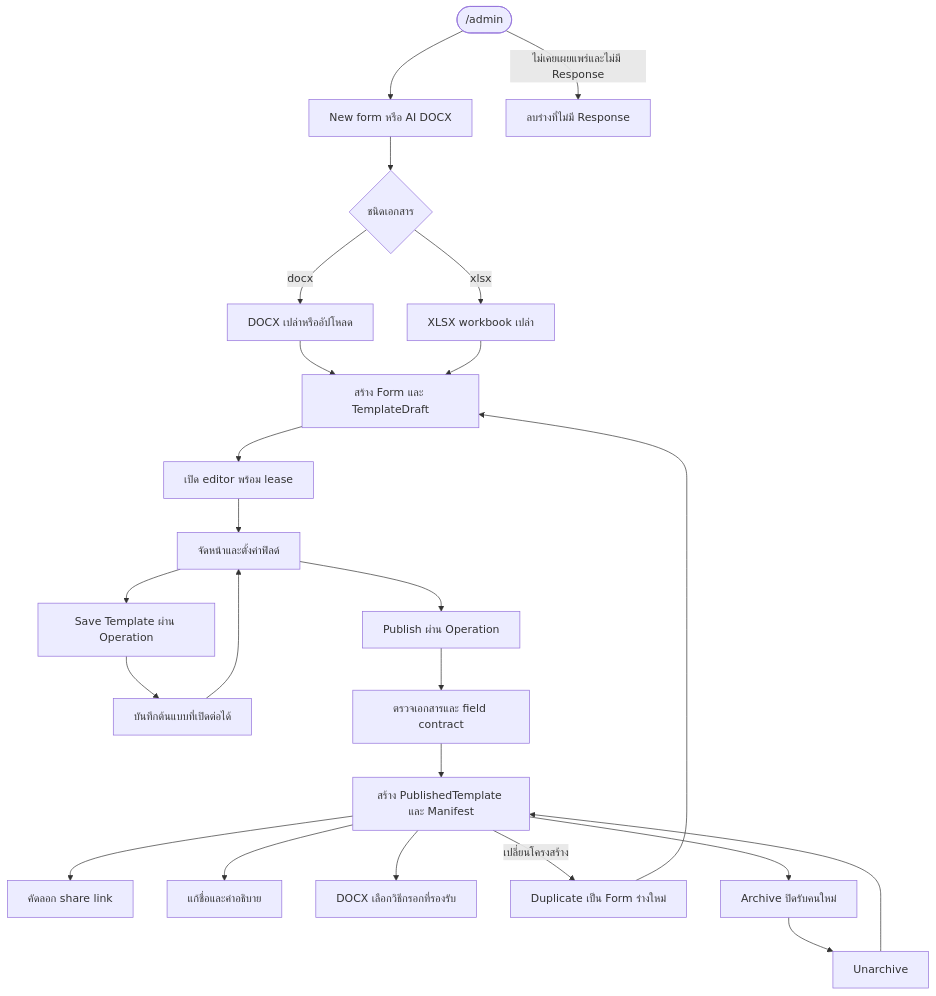
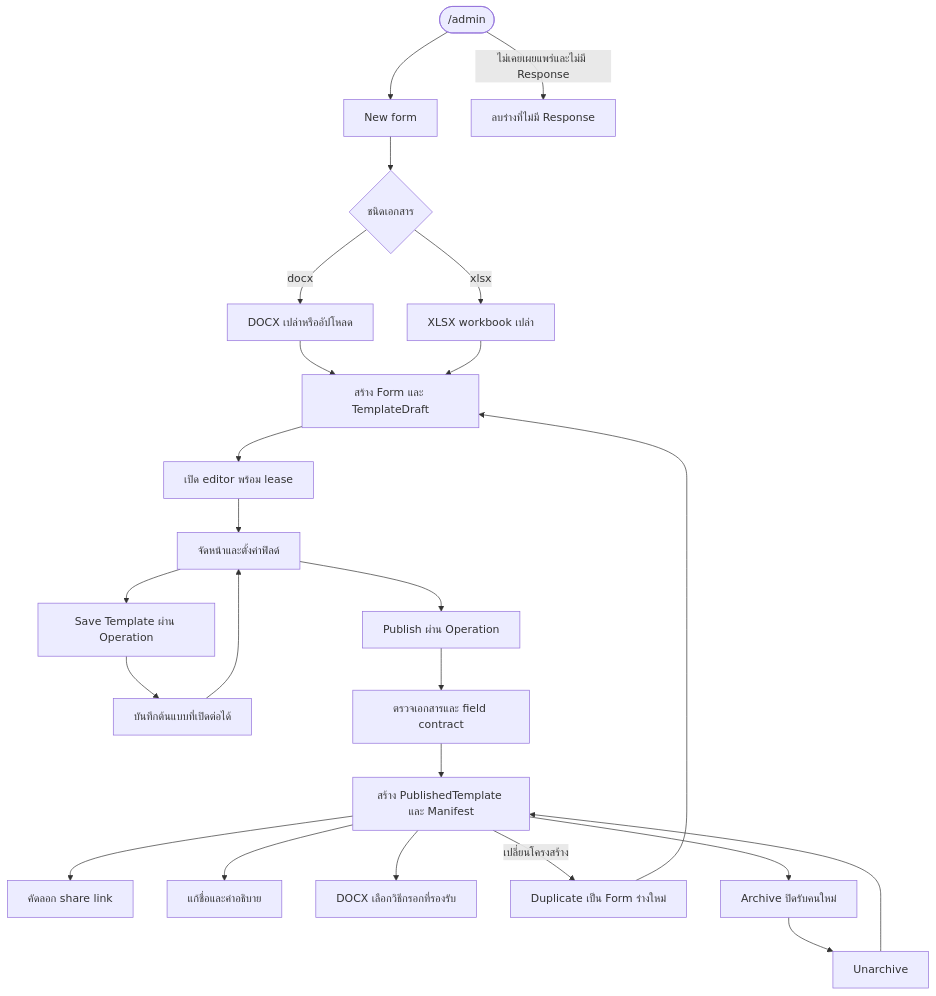
The fifth of 22 diagrams in .scratch/system-workflow/system-map.md (AquilaStudio2/folio-forms), drawn with Mermaid before and after one commit. The commit also changed other lines of this file and 145 other files, not shown here.

````diff
--- a/.scratch/system-workflow/system-map.md
+++ b/.scratch/system-workflow/system-map.md
@@ -325,35 +344,35 @@
 ```mermaid
 flowchart TD
     list(["/admin"])
-    create["New form หรือ AI DOCX"]
+    create["New form"]
     kind{"ชนิดเอกสาร"}
     docx["DOCX เปล่าหรืออัปโหลด"]
     xlsx["XLSX workbook เปล่า"]
     draft["สร้าง Form และ TemplateDraft"]
     lease["เปิด editor พร้อม lease"]
     design["จัดหน้าและตั้งค่าฟิลด์"]
     save["Save Template ผ่าน Operation"]
     saved["บันทึกต้นแบบที่เปิดต่อได้"]
     publish["Publish ผ่าน Operation"]
     validate["ตรวจเอกสารและ field contract"]
     immutable["สร้าง PublishedTemplate และ Manifest"]
     share["คัดลอก share link"]
     metadata["แก้ชื่อและคำอธิบาย"]
     method["DOCX เลือกวิธีกรอกที่รองรับ"]
     duplicate["Duplicate เป็น Form ร่างใหม่"]
     archive["Archive ปิดรับคนใหม่"]
     restore["Unarchive"]
     delete["ลบร่างที่ไม่มี Response"]
     list --> create --> kind
     kind -->|"docx"| docx --> draft
     kind -->|"xlsx"| xlsx --> draft
     draft --> lease --> design
     design --> save --> saved
     saved --> design
     design --> publish --> validate --> immutable --> share
     immutable --> metadata
     immutable --> method
     immutable -->|"เปลี่ยนโครงสร้าง"| duplicate --> draft
     immutable --> archive --> restore --> immutable
     list -->|"ไม่เคยเผยแพร่และไม่มี Response"| delete
 ```
````
